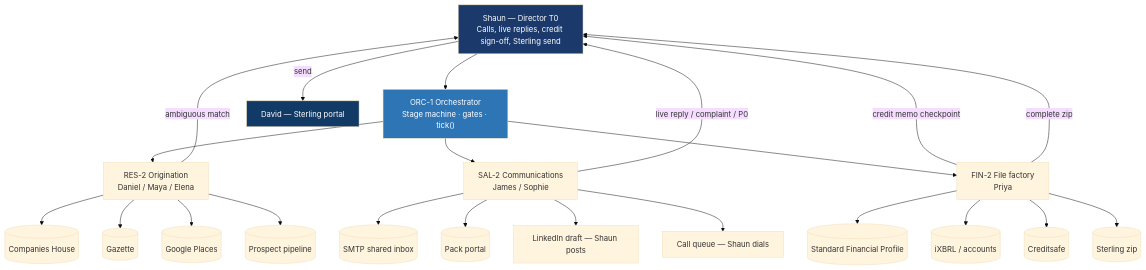
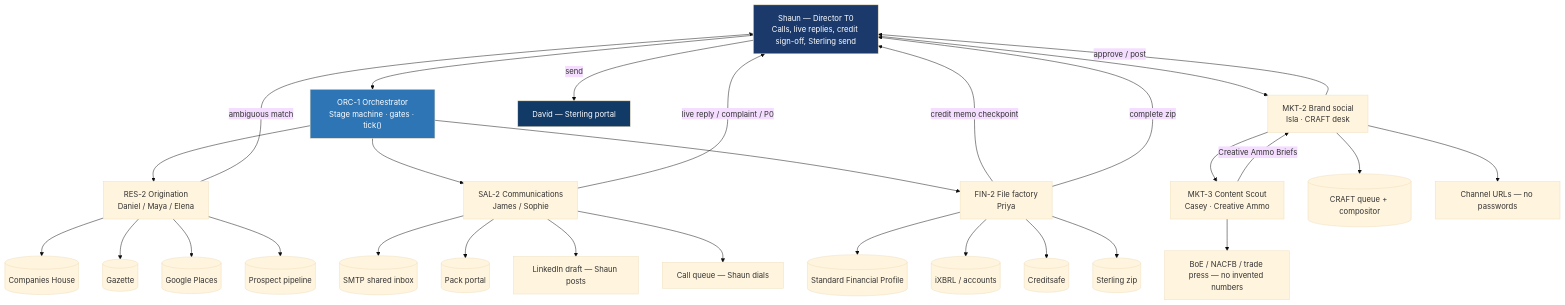
One commit to VeltroSystemsUK/VeltroNexus changed the diagram in docs/agentic-org/agents.mmd. Above: the diagram before and after it, drawn with Mermaid (base theme). The commit also changed 97 other files, not shown here.

First line of the commit message:
feat: Craft compositor, marketing org, and factory desk

```diff
--- a/docs/agentic-org/agents.mmd
+++ b/docs/agentic-org/agents.mmd
@@ -1,32 +1,40 @@
 graph TD
     D["Shaun — Director T0<br/>Calls, live replies, credit sign-off, Sterling send"]
     D --> ORC["ORC-1 Orchestrator<br/>Stage machine · gates · tick()"]
 
     ORC --> RES["RES-2 Origination<br/>Daniel / Maya / Elena"]
     ORC --> SAL["SAL-2 Communications<br/>James / Sophie"]
     ORC --> FIN["FIN-2 File factory<br/>Priya"]
+    D --> MKT["MKT-2 Brand social<br/>Isla · CRAFT desk"]
+    MKT --> SCOUT["MKT-3 Content Scout<br/>Casey · Creative Ammo"]
 
     RES --> T_CH[("Companies House")]
     RES --> T_GZ[("Gazette")]
     RES --> T_PL[("Google Places")]
     RES --> T_CRM[("Prospect pipeline")]
 
     SAL --> T_SMTP[("SMTP shared inbox")]
     SAL --> T_PACK[("Pack portal")]
     SAL --> T_LI["LinkedIn draft — Shaun posts"]
     SAL --> T_CALL["Call queue — Shaun dials"]
 
     FIN --> T_SFP[("Standard Financial Profile")]
     FIN --> T_IX[("iXBRL / accounts")]
     FIN --> T_CS[("Creditsafe")]
     FIN --> T_ZIP[("Sterling zip")]
 
+    MKT --> T_CRAFT[("CRAFT queue + compositor")]
+    MKT --> T_SOC["Channel URLs — no passwords"]
+    MKT -->|approve / post| D
+    SCOUT -->|Creative Ammo Briefs| MKT
+    SCOUT --> T_SCAN["BoE / NACFB / trade press — no invented numbers"]
+
     RES -->|ambiguous match| D
     SAL -->|live reply / complaint / P0| D
     FIN -->|credit memo checkpoint| D
     FIN -->|complete zip| D
     D -->|send| DAVID["David — Sterling portal"]
 
     style D fill:#1B3A6B,color:#fff
     style ORC fill:#2E75B6,color:#fff
     style DAVID fill:#123a66,color:#fff
```
